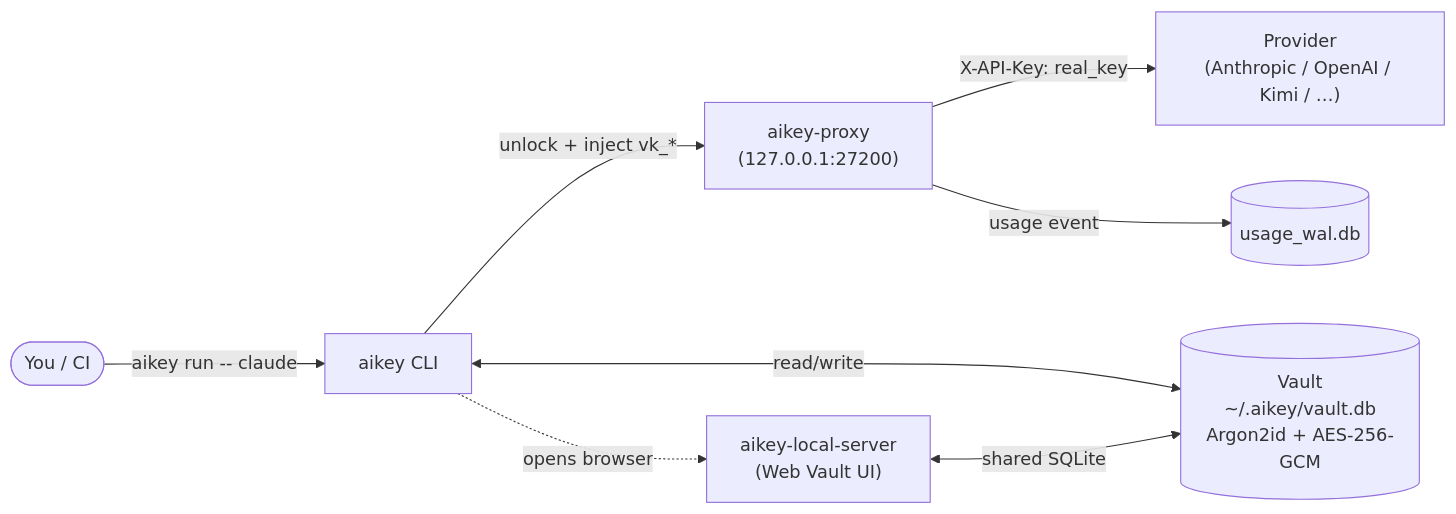
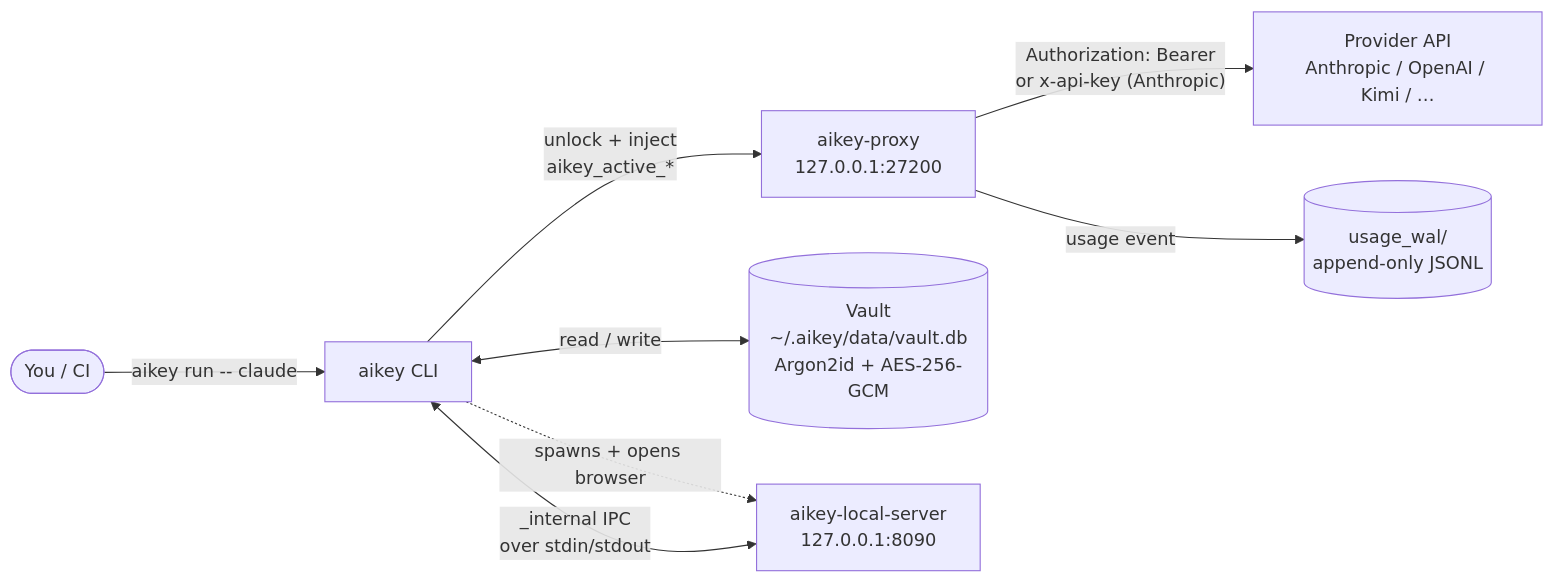
Before and after one commit to aikeylabs/aikey-cli: the first of 2 diagrams in README.md, drawn with Mermaid. The commit also changed other lines of this file and 1 other file, not shown here.

````diff
--- a/README.md
+++ b/README.md
@@ -34,10 +46,10 @@
 ```mermaid
 flowchart LR
   user(["You / CI"]) -->|"aikey run -- claude"| cli["aikey CLI"]
-  cli -->|"unlock + inject vk_*"| proxy["aikey-proxy<br/>(127.0.0.1:27200)"]
-  cli <-->|"read/write"| vault[("Vault<br/>~/.aikey/vault.db<br/>Argon2id + AES-256-GCM")]
-  cli -.opens browser.-> webui["aikey-local-server<br/>(Web Vault UI)"]
-  webui <-->|"shared SQLite"| vault
-  proxy -->|"X-API-Key: real_key"| provider["Provider<br/>(Anthropic / OpenAI / Kimi / …)"]
-  proxy -->|"usage event"| wal[("usage_wal.db")]
+  cli -->|"unlock + inject<br/>aikey_active_*"| proxy["aikey-proxy<br/>127.0.0.1:27200"]
+  cli <-->|"read / write"| vault[("Vault<br/>~/.aikey/data/vault.db<br/>Argon2id + AES-256-GCM")]
+  cli -.spawns + opens browser.-> webui["aikey-local-server<br/>127.0.0.1:8090"]
+  webui <-->|"_internal IPC<br/>over stdin/stdout"| cli
+  proxy -->|"Authorization: Bearer <real_key><br/>or x-api-key (Anthropic)"| provider["Provider API<br/>Anthropic / OpenAI / Kimi / …"]
+  proxy -->|"usage event"| wal[("usage_wal/<br/>append-only JSONL")]
 ```
````
